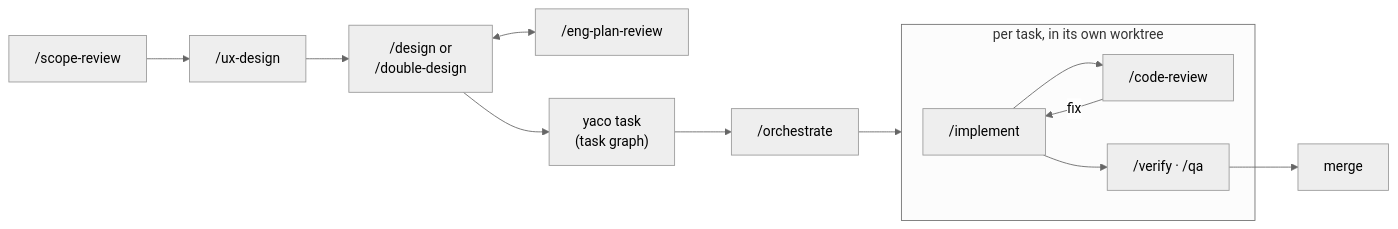
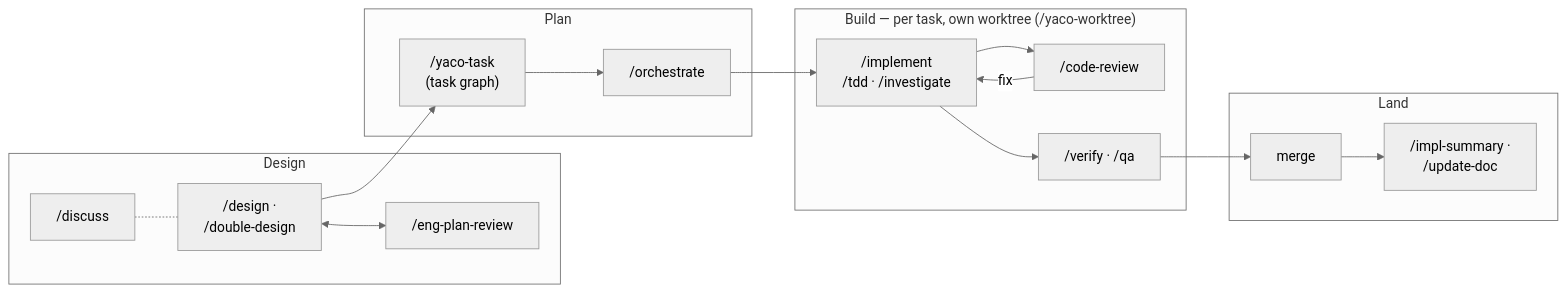
Before and after one commit to imoonkey/yaco: the diagram in README.md, drawn with Mermaid (neutral theme). The commit also changed other lines of this file and 5 other files, not shown here.

````diff
--- a/README.md
+++ b/README.md
@@ -114,13 +115,21 @@
 ```mermaid
 flowchart LR
-    SR["/scope-review"] --> UX["/ux-design"] --> D["/design or<br>/double-design"]
-    D <--> EPR["/eng-plan-review"]
-    D --> TG["yaco task<br>(task graph)"] --> O["/orchestrate"]
-    subgraph W ["per task, in its own worktree"]
-        I["/implement"] --> CR["/code-review"]
+    subgraph DE ["Design"]
+        D["/design ·<br>/double-design"] <--> EPR["/eng-plan-review"]
+        DIS["/discuss"] -.- D
+    end
+    subgraph PL ["Plan"]
+        TG["/yaco-task<br>(task graph)"] --> O["/orchestrate"]
+    end
+    subgraph BU ["Build — per task, own worktree (/yaco-worktree)"]
+        I["/implement<br>/tdd · /investigate"] --> CR["/code-review"]
         CR -->|fix| I
         I --> V["/verify · /qa"]
     end
-    O --> W
-    V --> M["merge"]
+    subgraph LA ["Land"]
+        M["merge"] --> IS["/impl-summary ·<br>/update-doc"]
+    end
+    D --> TG
+    O --> I
+    V --> M
 ```
````
